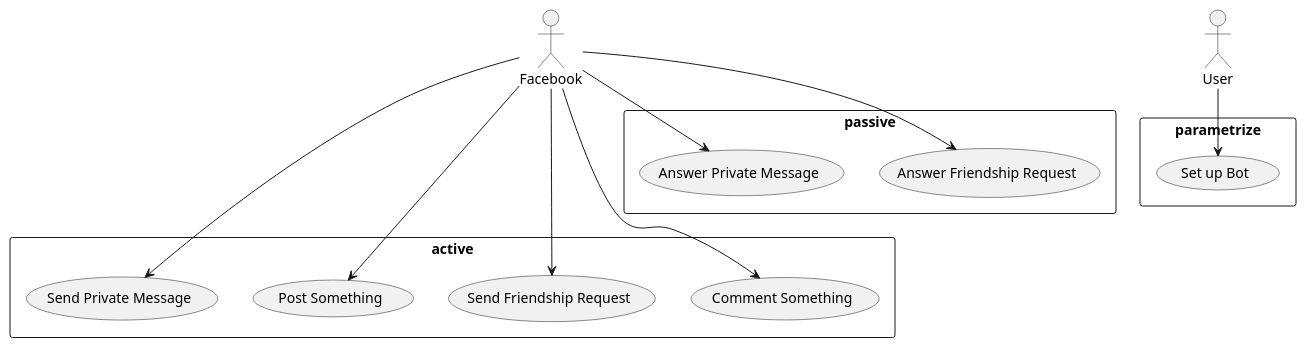
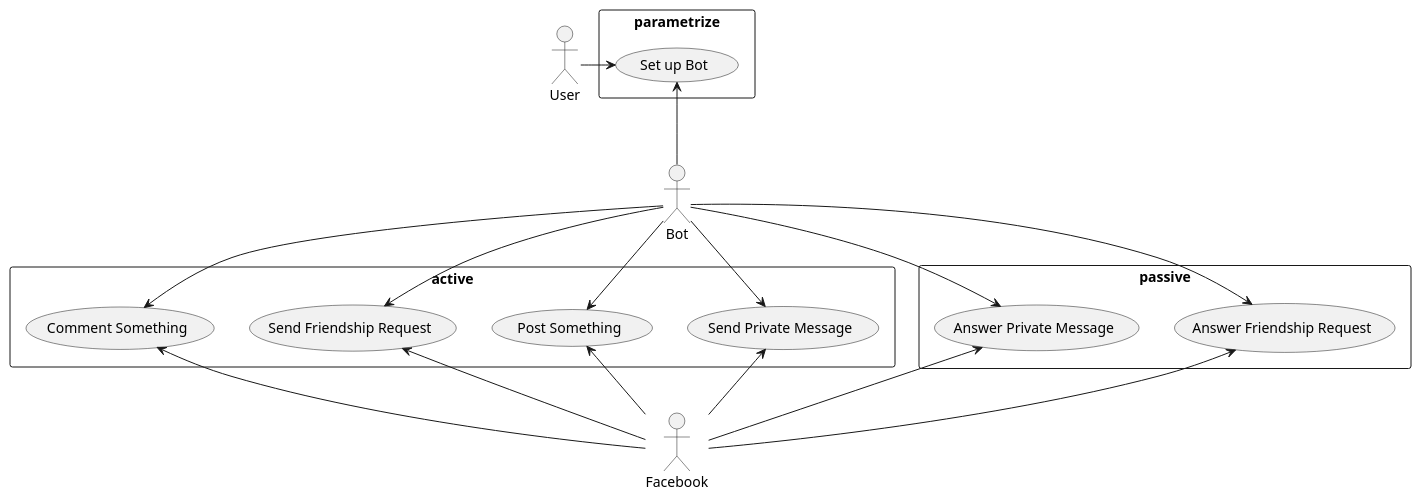
Before and after one commit to 5l1v3r1/SocialBot-1: the diagram in documentation/UseCase.puml, drawn with PlantUML. The commit also changed 1 other file, not shown here.

```diff
--- a/documentation/UseCase.puml
+++ b/documentation/UseCase.puml
@@ -1,28 +1,37 @@
 @startuml
 
 rectangle active {
   usecase APM as "Send Private Message"
   usecase APOST as "Post Something"
   usecase AFR as "Send Friendship Request"
   usecase AC as "Comment Something"
 }
 
 rectangle passive {
   usecase PFR as "Answer Friendship Request"
   usecase PPM as "Answer Private Message"
 }
 
 rectangle parametrize {
   usecase PSUPB as "Set up Bot"
 }
 
-:Facebook: ---> APM
-:Facebook: ---> APOST
-:Facebook: ---> AFR
-:Facebook: ---> AC
-:Facebook: --> PFR
-:Facebook: --> PPM
+:Bot: --> APM
+:Bot: --> APOST
+:Bot: --> AFR
+:Bot: --> AC
+:Bot: --> PFR
+:Bot: --> PPM
 
-:User: --> PSUPB
+:User: -> PSUPB
+
+APM   <-- :Facebook:
+APOST <-- :Facebook:
+AFR   <-- :Facebook:
+AC    <-- :Facebook:
+PFR   <-- :Facebook:
+PPM   <-- :Facebook:
+
+PSUPB <-- :Bot:
 
 @enduml
```
